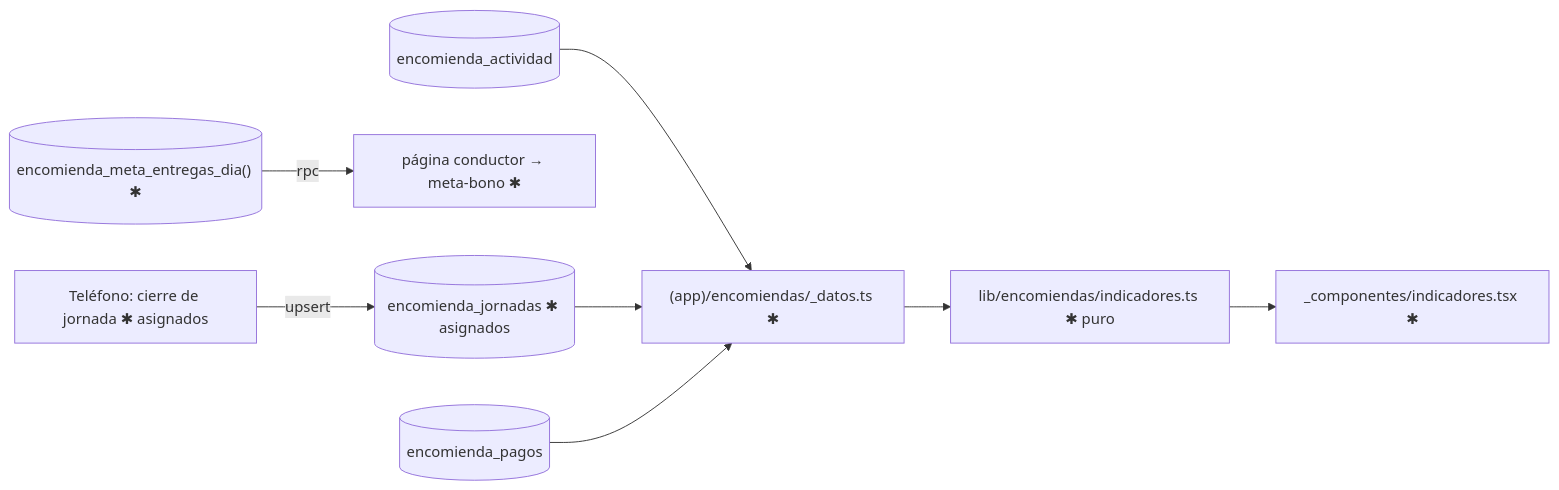
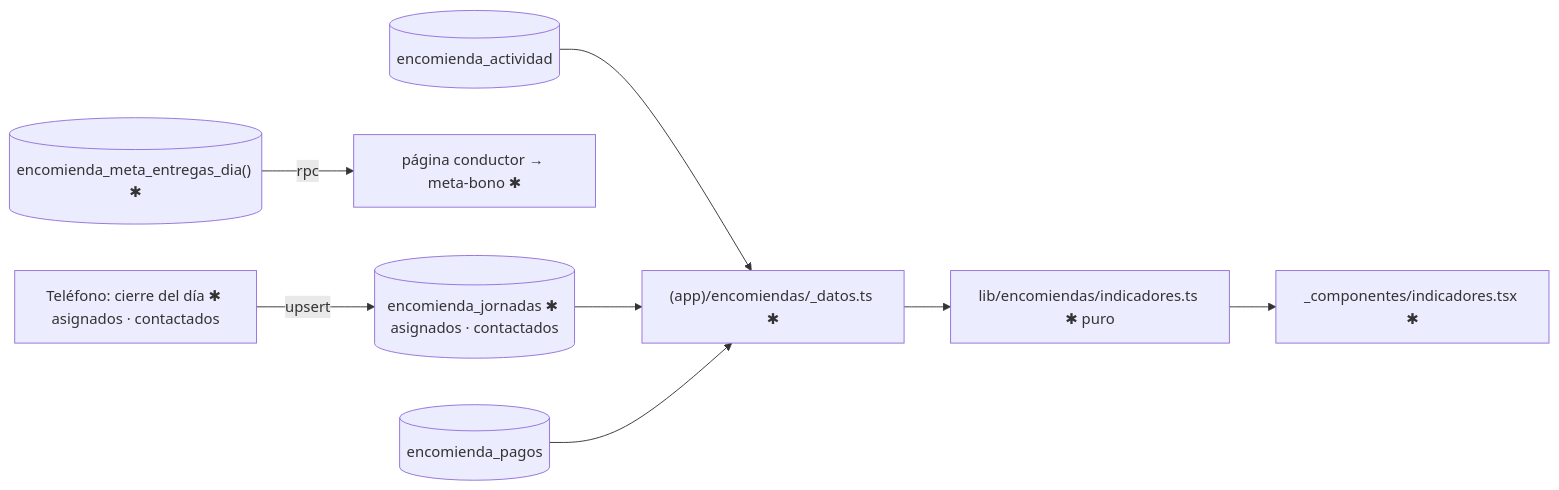
The diagram in specs/006-indicadores-negocio/plan.md (etianypr/ProyectoAres), drawn with Mermaid before and after one commit. The commit also changed other lines of this file and 426 other files, not shown here.

````diff
--- a/specs/006-indicadores-negocio/plan.md
+++ b/specs/006-indicadores-negocio/plan.md
@@ -29,9 +29,9 @@
 ```mermaid
 flowchart LR
-  TEL["Teléfono: cierre de jornada ✱ asignados"] -->|upsert| J[("encomienda_jornadas ✱ asignados")]
+  TEL["Teléfono: cierre del día ✱ asignados · contactados"] -->|upsert| J[("encomienda_jornadas ✱ asignados · contactados")]
   F[("encomienda_meta_entregas_dia() ✱")] -->|rpc| CP["página conductor → meta-bono ✱"]
   A[("encomienda_actividad")] --> D["(app)/encomiendas/_datos.ts ✱"]
   J --> D
   P[("encomienda_pagos")] --> D
   D --> I["lib/encomiendas/indicadores.ts ✱ puro"] --> UI["_componentes/indicadores.tsx ✱"]
 ```
````
